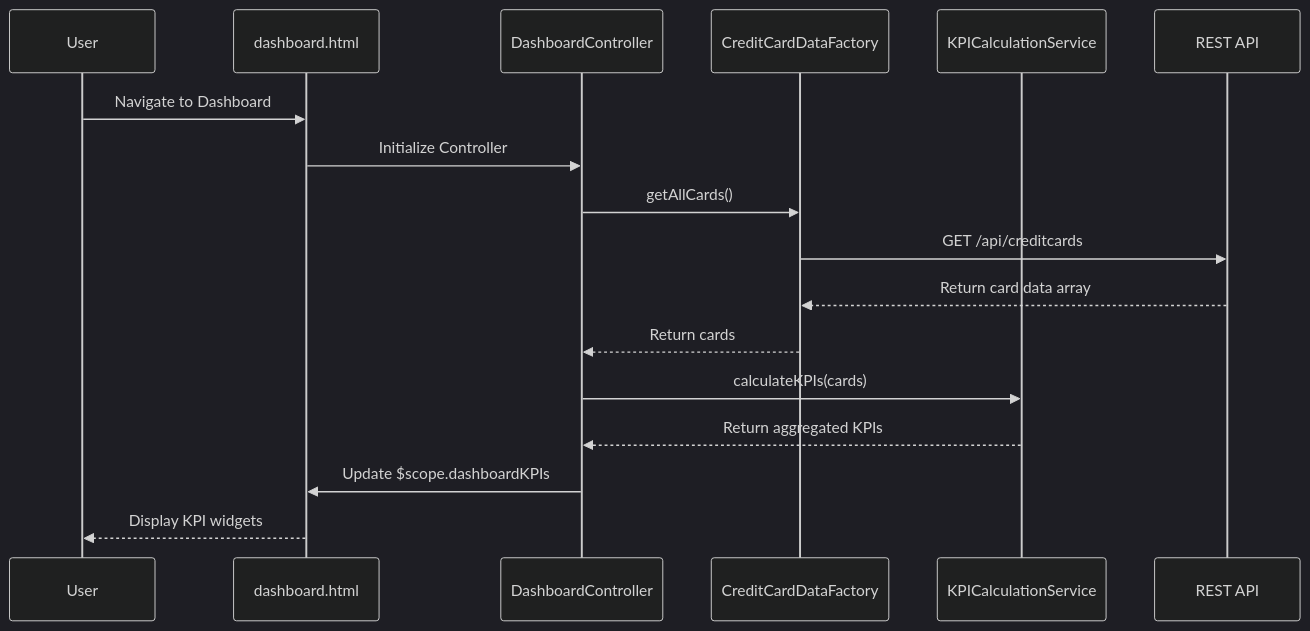
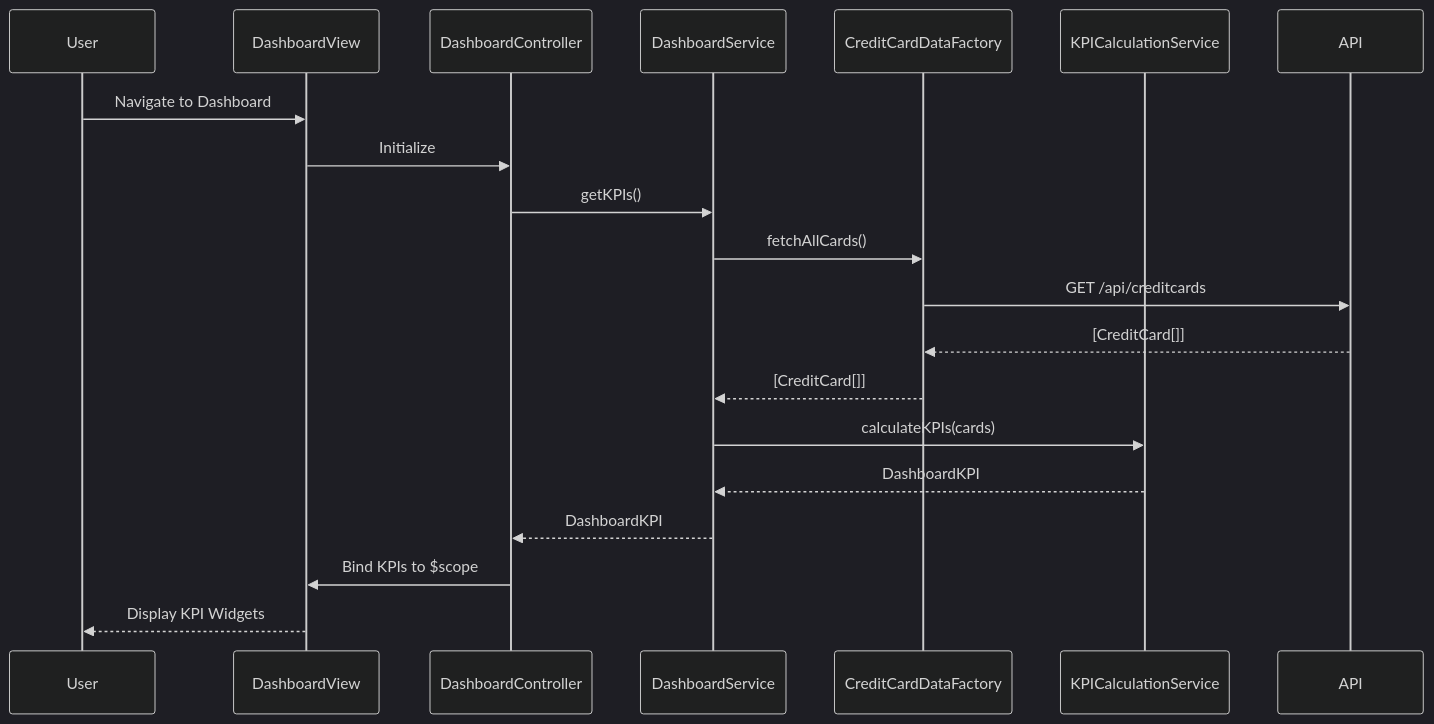
One commit to Davamani-git/APB_Demo changed the diagram in LLD/QE-4628_LLD.md. Above: the diagram before and after it, drawn with Mermaid (dark theme). The commit also changed other lines of this file and 2 other files, not shown here.

````diff
--- a/LLD/QE-4628_LLD.md
+++ b/LLD/QE-4628_LLD.md
@@ -76,20 +89,23 @@
 ```mermaid
 sequenceDiagram
     participant User
-    participant View as dashboard.html
-    participant Controller as DashboardController
-    participant Factory as CreditCardDataFactory
-    participant Service as KPICalculationService
-    participant API as REST API
+    participant DashboardView
+    participant DashboardController
+    participant DashboardService
+    participant CreditCardDataFactory
+    participant KPICalculationService
+    participant API
 
-    User->>View: Navigate to Dashboard
-    View->>Controller: Initialize Controller
-    Controller->>Factory: getAllCards()
-    Factory->>API: GET /api/creditcards
-    API-->>Factory: Return card data array
-    Factory-->>Controller: Return cards
-    Controller->>Service: calculateKPIs(cards)
-    Service-->>Controller: Return aggregated KPIs
-    Controller->>View: Update $scope.dashboardKPIs
-    View-->>User: Display KPI widgets
+    User->>DashboardView: Navigate to Dashboard
+    DashboardView->>DashboardController: Initialize
+    DashboardController->>DashboardService: getKPIs()
+    DashboardService->>CreditCardDataFactory: fetchAllCards()
+    CreditCardDataFactory->>API: GET /api/creditcards
+    API-->>CreditCardDataFactory: [CreditCard[]]
+    CreditCardDataFactory-->>DashboardService: [CreditCard[]]
+    DashboardService->>KPICalculationService: calculateKPIs(cards)
+    KPICalculationService-->>DashboardService: DashboardKPI
+    DashboardService-->>DashboardController: DashboardKPI
+    DashboardController->>DashboardView: Bind KPIs to $scope
+    DashboardView-->>User: Display KPI Widgets
 ```
````
